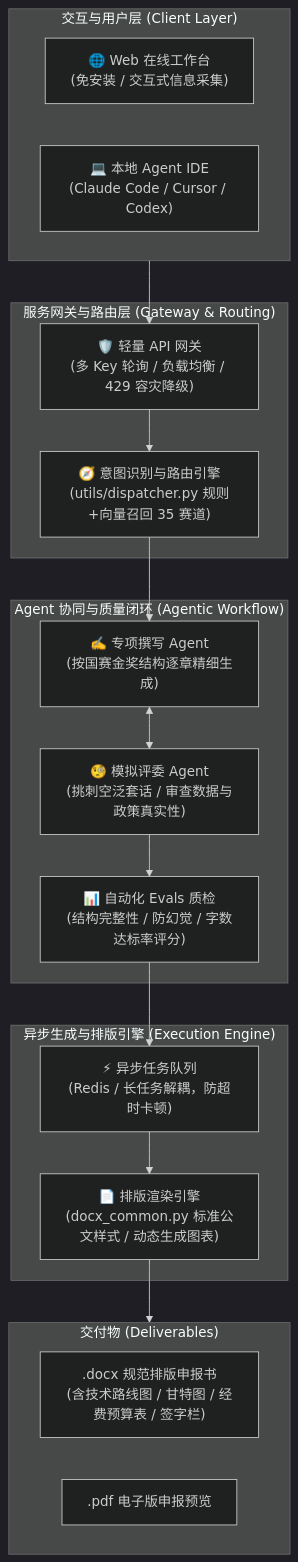
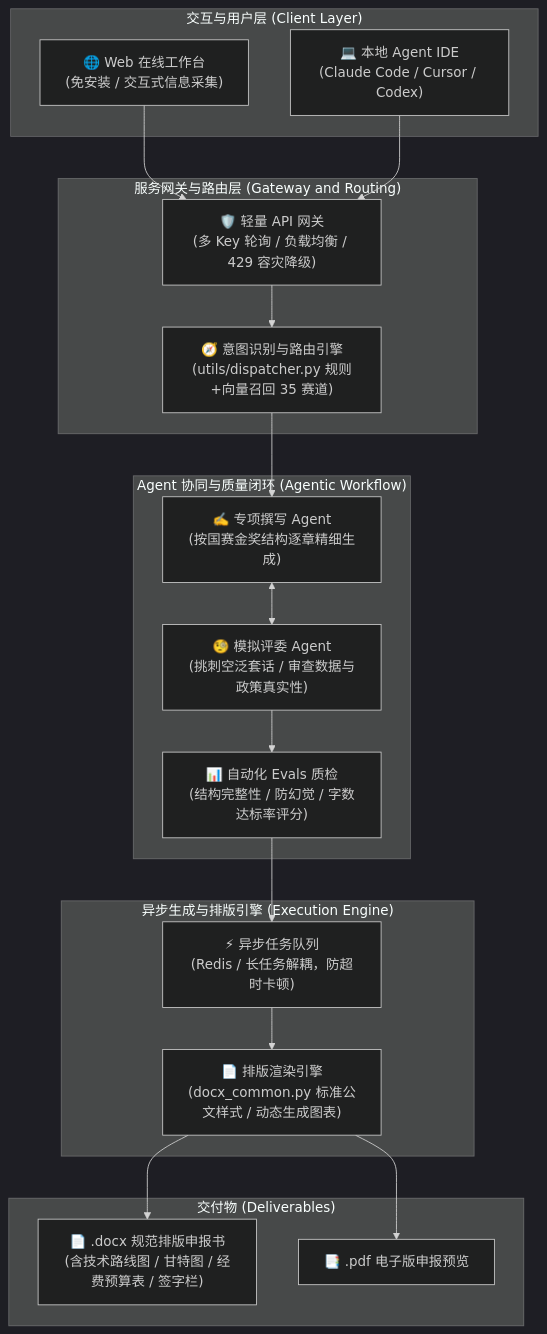
The diagram in README.md (cuic19053-hue/awesome-student-ai-skills), drawn with Mermaid (dark theme) before and after one commit. The commit also changed other lines of this file and 2 other files, not shown here.

Commit message:
fix(docs): 修复 Mermaid 架构图语法并增加高清静态图兜底

````diff
--- a/README.md
+++ b/README.md
@@ -43,37 +50,39 @@
 ```mermaid
 flowchart TD
     subgraph ClientLayer["交互与用户层 (Client Layer)"]
         WebUI["🌐 Web 在线工作台<br/>(免安装 / 交互式信息采集)"]
         IDE["💻 本地 Agent IDE<br/>(Claude Code / Cursor / Codex)"]
     end
 
-    subgraph GatewayLayer["服务网关与路由层 (Gateway & Routing)"]
+    subgraph GatewayLayer["服务网关与路由层 (Gateway and Routing)"]
         Gateway["🛡️ 轻量 API 网关<br/>(多 Key 轮询 / 负载均衡 / 429 容灾降级)"]
         Dispatcher["🧭 意图识别与路由引擎<br/>(utils/dispatcher.py 规则+向量召回 35 赛道)"]
     end
 
     subgraph AgentCore["Agent 协同与质量闭环 (Agentic Workflow)"]
         DraftAgent["✍️ 专项撰写 Agent<br/>(按国赛金奖结构逐章精细生成)"]
         ReviewAgent["🧐 模拟评委 Agent<br/>(挑刺空泛套话 / 审查数据与政策真实性)"]
         Evals["📊 自动化 Evals 质检<br/>(结构完整性 / 防幻觉 / 字数达标率评分)"]
     end
 
     subgraph TaskEngine["异步生成与排版引擎 (Execution Engine)"]
         Queue["⚡ 异步任务队列<br/>(Redis / 长任务解耦，防超时卡顿)"]
         DocxEngine["📄 排版渲染引擎<br/>(docx_common.py 标准公文样式 / 动态生成图表)"]
     end
 
     subgraph Output["交付物 (Deliverables)"]
-        Word[".docx 规范排版申报书<br/>(含技术路线图 / 甘特图 / 经费预算表 / 签字栏)"]
-        PDF[".pdf 电子版申报预览"]
+        Word["📄 .docx 规范排版申报书<br/>(含技术路线图 / 甘特图 / 经费预算表 / 签字栏)"]
+        PDF["📑 .pdf 电子版申报预览"]
     end
 
-    ClientLayer --> Gateway
+    WebUI --> Gateway
+    IDE --> Gateway
     Gateway --> Dispatcher
     Dispatcher --> DraftAgent
     DraftAgent <--> ReviewAgent
     ReviewAgent --> Evals
     Evals --> Queue
     Queue --> DocxEngine
-    DocxEngine --> Output
+    DocxEngine --> Word
+    DocxEngine --> PDF
 ```
````
